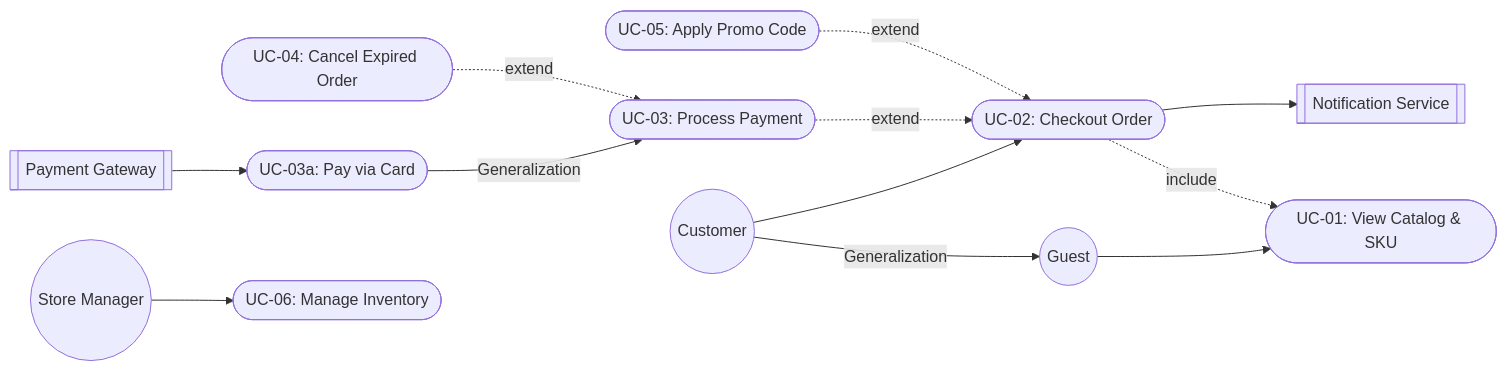
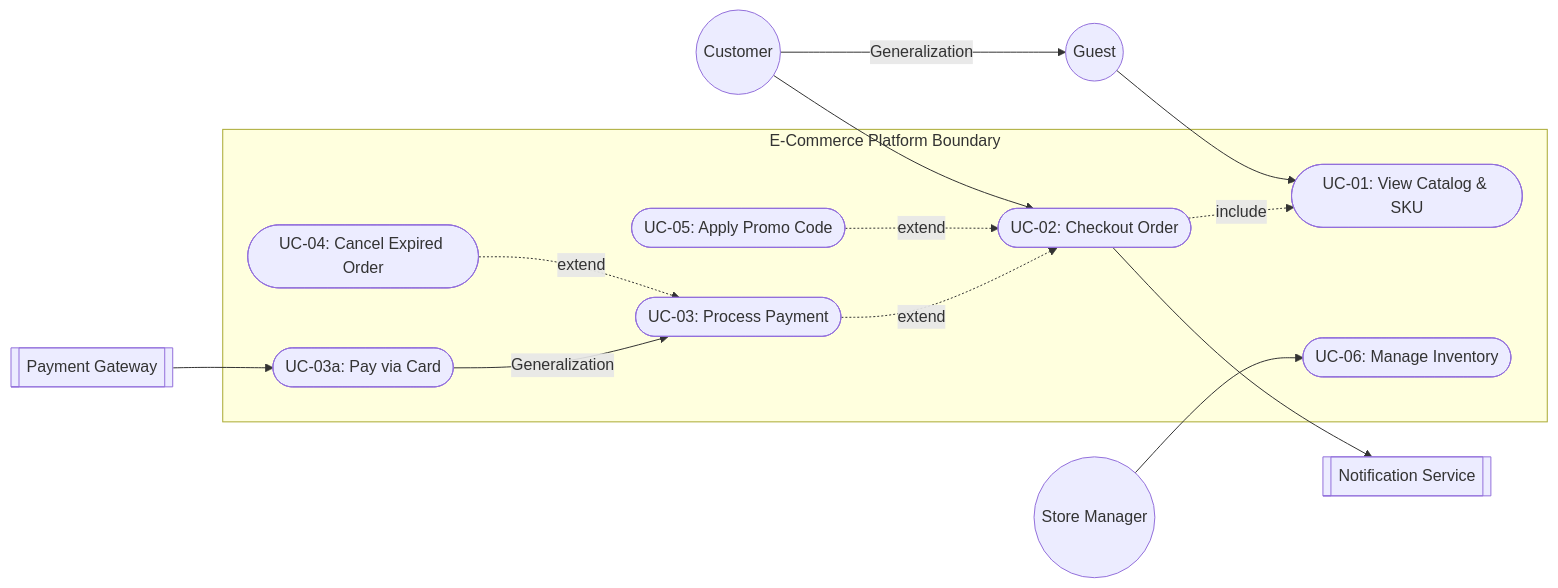
One commit to martagoricko-lang/requirements-modeling-labs changed the diagram in lab2/mermaid.mmd. Above: the diagram before and after it, drawn with Mermaid.

```diff
--- a/lab2/mermaid.mmd
+++ b/lab2/mermaid.mmd
@@ -1,35 +1,37 @@
 graph LR
-    %% Актори та Генералізація
+    %% Актори поза межами системи
     Customer((Customer))
     Guest((Guest))
     StoreManager((Store Manager))
     PaymentGW[["Payment Gateway"]]
     NotifSVC[["Notification Service"]]
 
     Customer -- Generalization --> Guest
 
-    %% Precedents (Use Cases)
-    UC1([UC-01: View Catalog & SKU])
-    UC2([UC-02: Checkout Order])
-    UC3([UC-03: Process Payment])
-    UC3a([UC-03a: Pay via Card])
-    UC4([UC-04: Cancel Expired Order])
-    UC5([UC-05: Apply Promo Code])
-    UC6([UC-06: Manage Inventory])
+    %% Границі системи (System Boundary)
+    subgraph System ["E-Commerce Platform Boundary"]
+        UC1([UC-01: View Catalog & SKU])
+        UC2([UC-02: Checkout Order])
+        UC3([UC-03: Process Payment])
+        UC3a([UC-03a: Pay via Card])
+        UC4([UC-04: Cancel Expired Order])
+        UC5([UC-05: Apply Promo Code])
+        UC6([UC-06: Manage Inventory])
 
-    %% Узагальнення прецедентів
-    UC3a -- Generalization --> UC3
+        %% Узагальнення прецедентів
+        UC3a -- Generalization --> UC3
 
-    %% Зв'язки Акторов
+        %% Include & Extend усередині системи
+        UC2 -. "include" .-> UC1
+        UC3 -. "extend" .-> UC2
+        UC5 -. "extend" .-> UC2
+        UC4 -. "extend" .-> UC3
+    end
+
+    %% Зв'язки Акторів із прецедентами системи
     Guest --> UC1
     Customer --> UC2
     StoreManager --> UC6
     
     PaymentGW --> UC3a
     UC2 --> NotifSVC
-
-    %% Include & Extend (ПРАВИЛЬНІ НАПРЯМКИ СТРІЛОК)
-    UC2 -. "include" .-> UC1
-    UC3 -. "extend" .-> UC2
-    UC5 -. "extend" .-> UC2
-    UC4 -. "extend" .-> UC3
```
